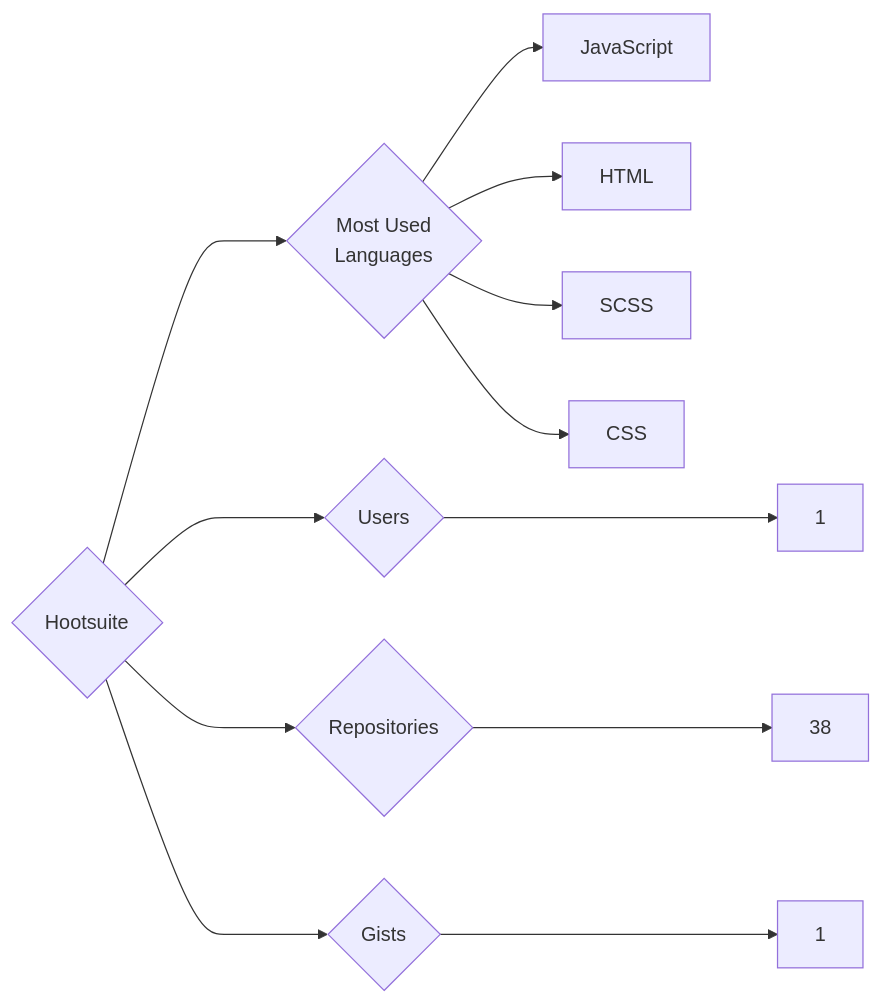
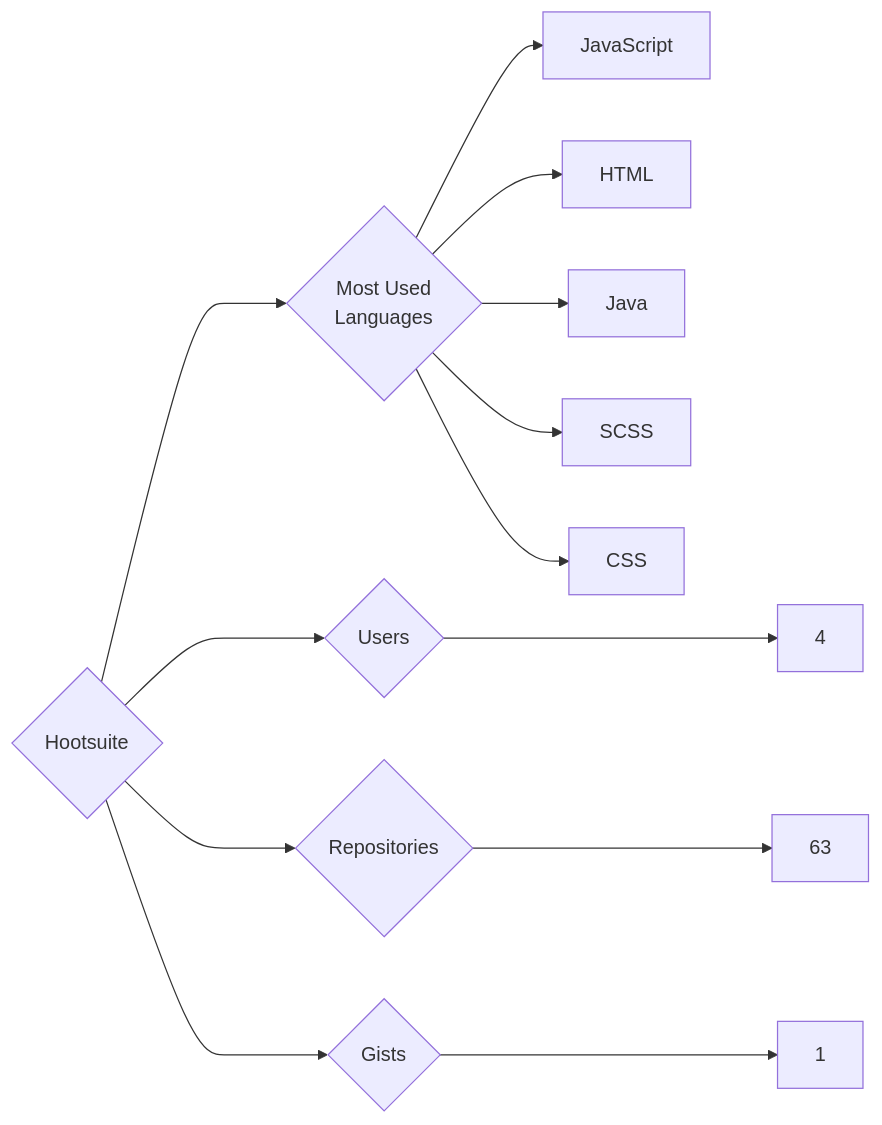
The diagram in targets/Hootsuite/README.md (trickest/insiders), drawn with Mermaid before and after one commit. The commit also changed 942 other files, not shown here.

````diff
--- a/targets/Hootsuite/README.md
+++ b/targets/Hootsuite/README.md
@@ -3,12 +3,13 @@
 ```mermaid
 graph LR
 COMPANY_NAME{Hootsuite}
-COMPANY_NAME ---> U{Users} ---> UN[1]
-COMPANY_NAME ---> R{Repositories} ---> RN[38]
+COMPANY_NAME ---> U{Users} ---> UN[4]
+COMPANY_NAME ---> R{Repositories} ---> RN[63]
 COMPANY_NAME ---> G{Gists} ---> GN[1]
 COMPANY_NAME ---> ML{Most Used<br>Languages}
 ML --> JavaScript[JavaScript]
 ML --> HTML[HTML]
+ML --> Java[Java]
 ML --> SCSS[SCSS]
 ML --> CSS[CSS]
 ```
````
